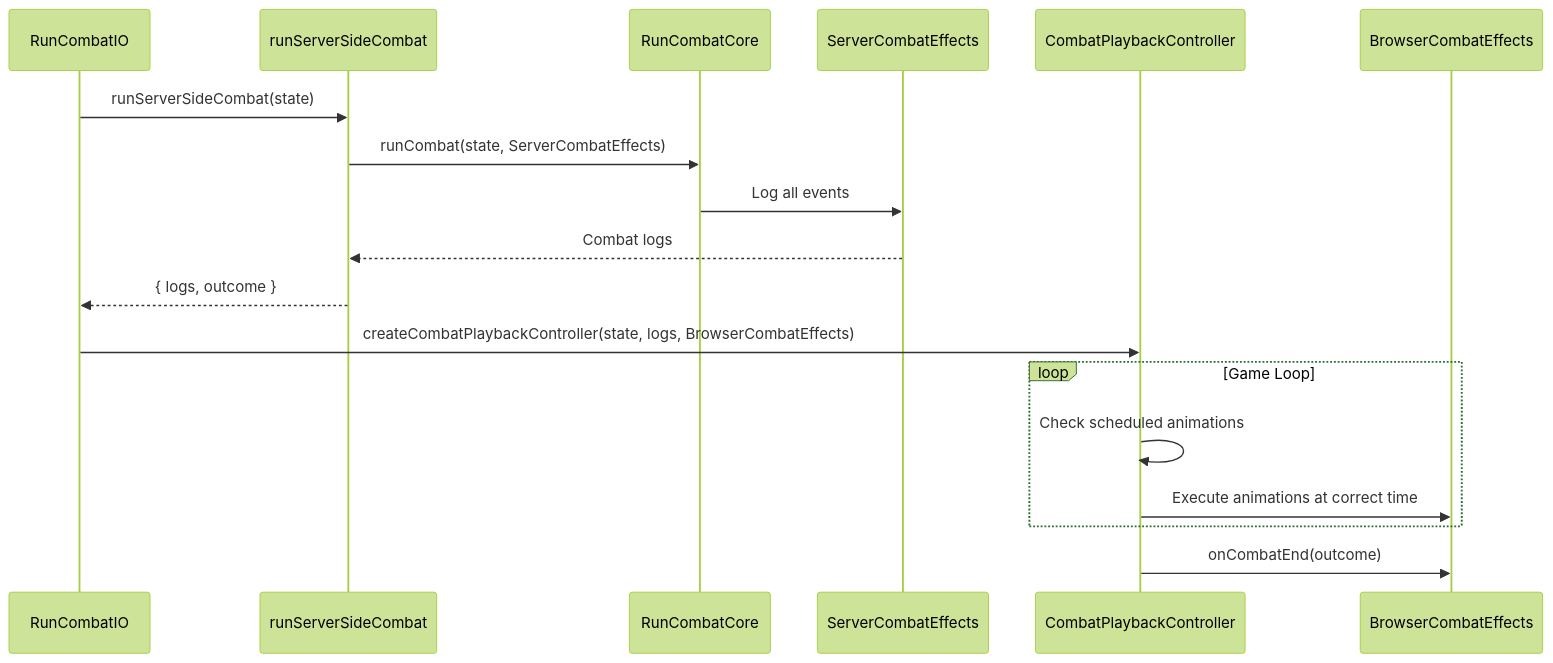
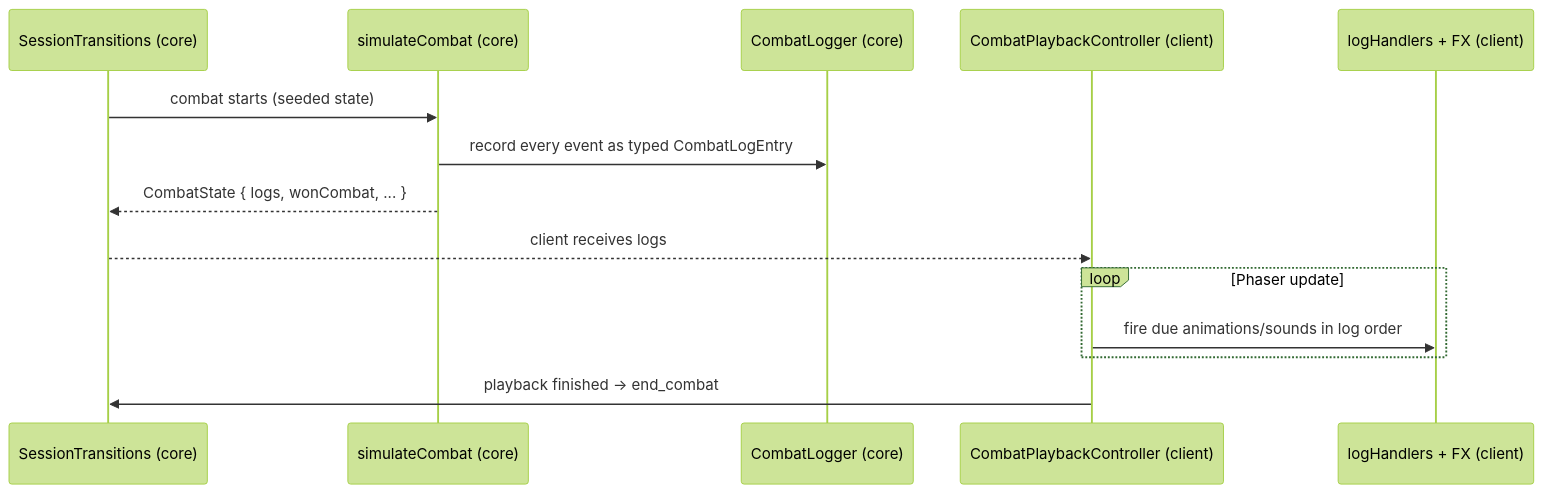
The diagram in docs/combat-architecture.md (lfarroco/mana-game), drawn with Mermaid (forest theme) before and after one commit. The commit also changed other lines of this file and 30 other files, not shown here.

````diff
--- a/docs/combat-architecture.md
+++ b/docs/combat-architecture.md
@@ -89,24 +38,17 @@
 ```mermaid
 sequenceDiagram
-    participant IO as RunCombatIO
-    participant Server as runServerSideCombat
-    participant Core as RunCombatCore
-    participant ServerFX as ServerCombatEffects
-    participant Playback as CombatPlaybackController
-    participant ClientFX as BrowserCombatEffects
-    
-    IO->>Server: runServerSideCombat(state)
-    Server->>Core: runCombat(state, ServerCombatEffects)
-    Core->>ServerFX: Log all events
-    ServerFX-->>Server: Combat logs
-    Server-->>IO: { logs, outcome }
-    
-    IO->>Playback: createCombatPlaybackController(state, logs, BrowserCombatEffects)
-    
-    loop Game Loop
-        Playback->>Playback: Check scheduled animations
-        Playback->>ClientFX: Execute animations at correct time
+    participant Session as SessionTransitions (core)
+    participant Sim as simulateCombat (core)
+    participant Log as CombatLogger (core)
+    participant Play as CombatPlaybackController (client)
+    participant FX as logHandlers + FX (client)
+
+    Session->>Sim: combat starts (seeded state)
+    Sim->>Log: record every event as typed CombatLogEntry
+    Sim-->>Session: CombatState { logs, wonCombat, ... }
+    Session-->>Play: client receives logs
+    loop Phaser update
+        Play->>FX: fire due animations/sounds in log order
     end
-    
-    Playback->>ClientFX: onCombatEnd(outcome)
+    Play->>Session: playback finished -> end_combat
 ```
````
